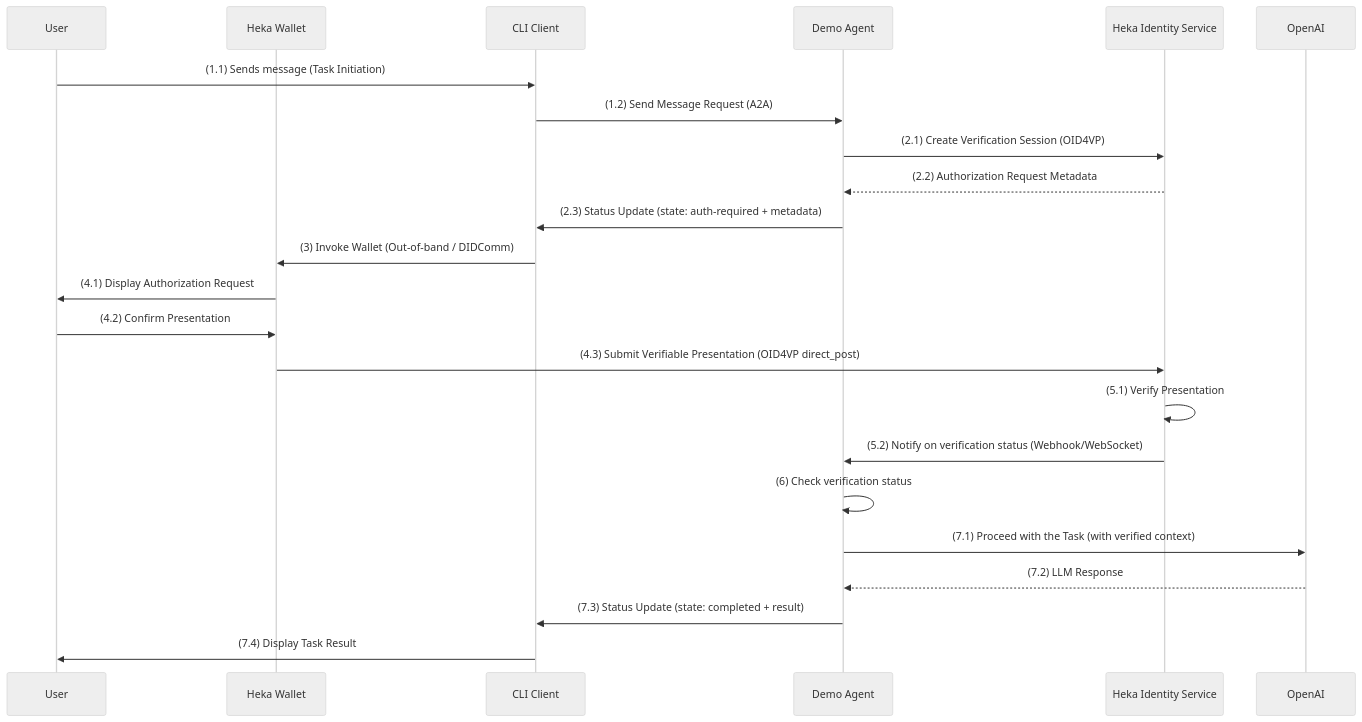
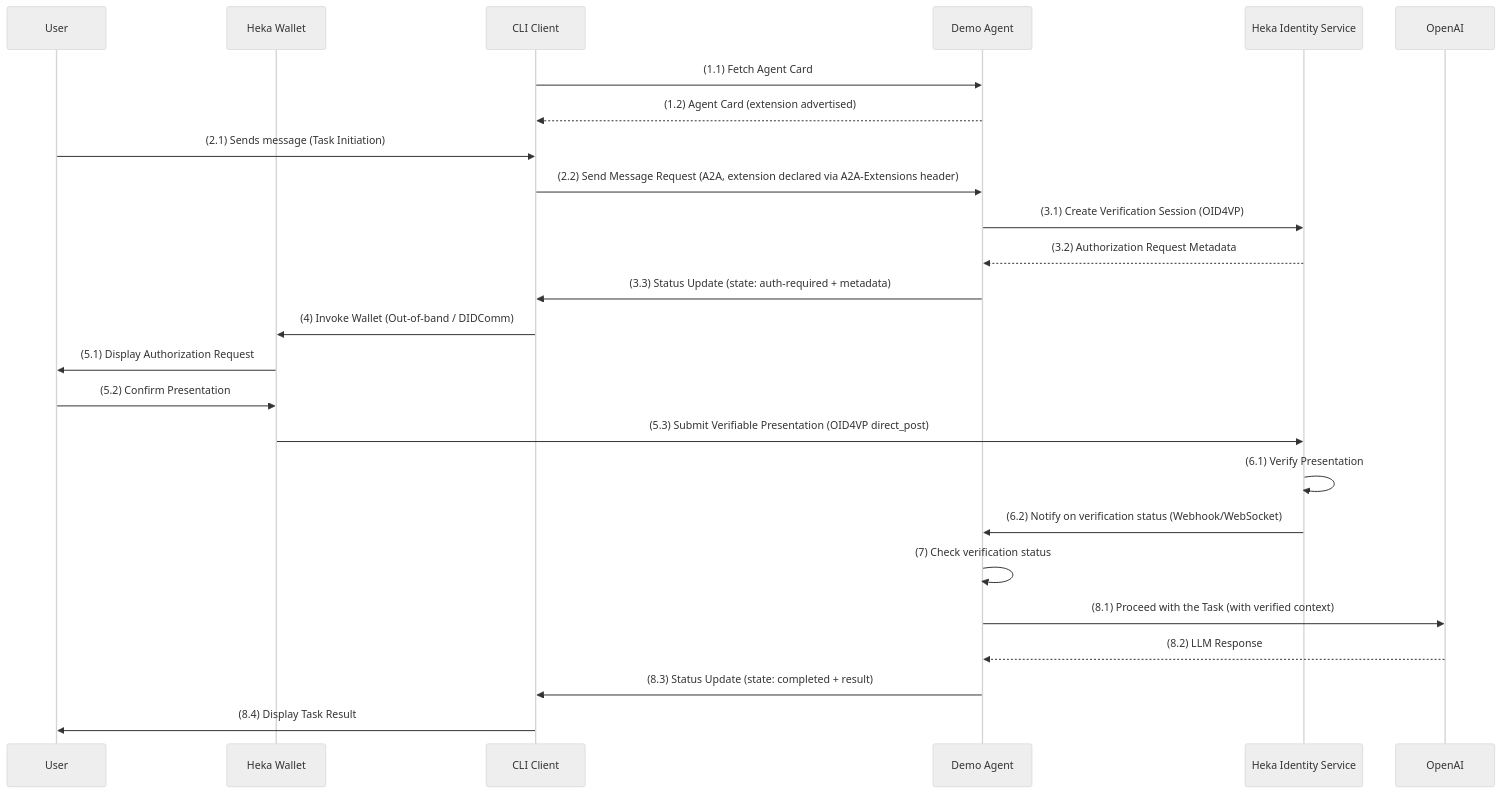
One commit to hiero-ledger/heka-identity-platform changed the diagram in demo/a2a-oid4vp/README.md. Above: the diagram before and after it, drawn with Mermaid (neutral theme). The commit also changed other lines of this file and 12 other files, not shown here.

````diff
--- a/demo/a2a-oid4vp/README.md
+++ b/demo/a2a-oid4vp/README.md
@@ -23,26 +25,28 @@
 ```mermaid
 sequenceDiagram
     participant User
     participant Wallet as Heka Wallet
     participant CLI as CLI Client
     participant Agent as Demo Agent
     participant HIS as Heka Identity Service
     participant LLM as OpenAI
 
-    User->>CLI: (1.1) Sends message (Task Initiation)
-    CLI->>Agent: (1.2) Send Message Request (A2A)
-    Agent->>HIS: (2.1) Create Verification Session (OID4VP)
-    HIS-->>Agent: (2.2) Authorization Request Metadata
-    Agent->>CLI: (2.3) Status Update (state: auth-required + metadata)
-    CLI->>Wallet: (3) Invoke Wallet (Out-of-band / DIDComm)
-    Wallet->>User: (4.1) Display Authorization Request
-    User->>Wallet: (4.2) Confirm Presentation
-    Wallet->>HIS: (4.3) Submit Verifiable Presentation (OID4VP direct_post)
-    HIS->>HIS: (5.1) Verify Presentation
-    HIS->>Agent: (5.2) Notify on verification status (Webhook/WebSocket)
-    Agent->>Agent: (6) Check verification status
-    Agent->>LLM: (7.1) Proceed with the Task (with verified context)
-    LLM-->>Agent: (7.2) LLM Response
-    Agent->>CLI: (7.3) Status Update (state: completed + result)
-    CLI->>User: (7.4) Display Task Result
+    CLI->>Agent: (1.1) Fetch Agent Card
+    Agent-->>CLI: (1.2) Agent Card (extension advertised)
+    User->>CLI: (2.1) Sends message (Task Initiation)
+    CLI->>Agent: (2.2) Send Message Request (A2A, extension declared via A2A-Extensions header)
+    Agent->>HIS: (3.1) Create Verification Session (OID4VP)
+    HIS-->>Agent: (3.2) Authorization Request Metadata
+    Agent->>CLI: (3.3) Status Update (state: auth-required + metadata)
+    CLI->>Wallet: (4) Invoke Wallet (Out-of-band / DIDComm)
+    Wallet->>User: (5.1) Display Authorization Request
+    User->>Wallet: (5.2) Confirm Presentation
+    Wallet->>HIS: (5.3) Submit Verifiable Presentation (OID4VP direct_post)
+    HIS->>HIS: (6.1) Verify Presentation
+    HIS->>Agent: (6.2) Notify on verification status (Webhook/WebSocket)
+    Agent->>Agent: (7) Check verification status
+    Agent->>LLM: (8.1) Proceed with the Task (with verified context)
+    LLM-->>Agent: (8.2) LLM Response
+    Agent->>CLI: (8.3) Status Update (state: completed + result)
+    CLI->>User: (8.4) Display Task Result
 ```
````
